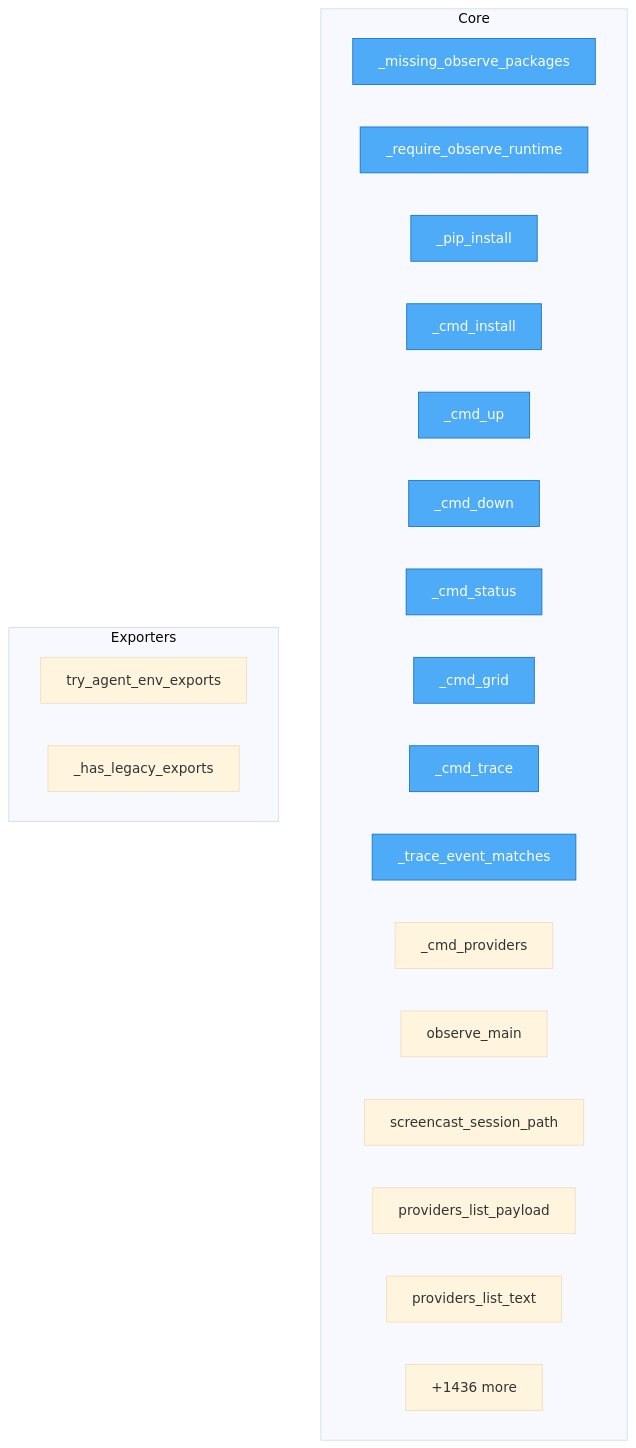
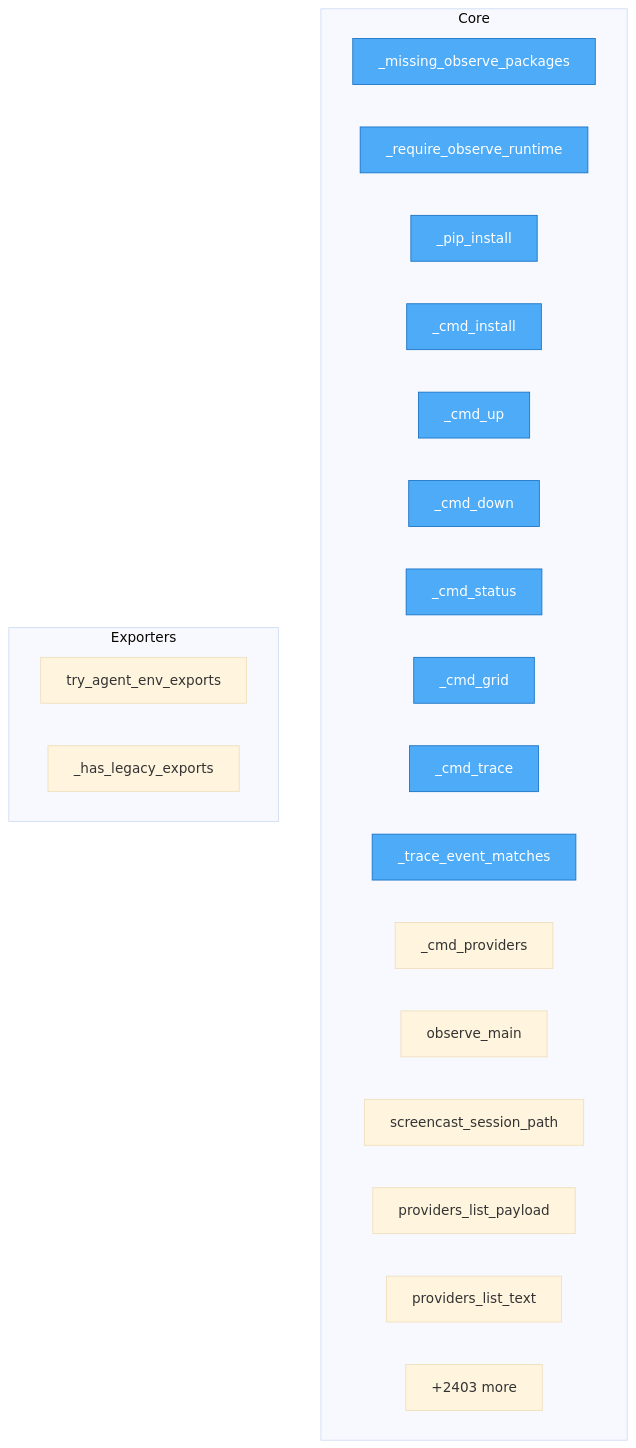
Before and after one commit to semcod/koru: the diagram in project/flow.mmd, drawn with Mermaid (base theme). The commit also changed 22 other files, not shown here.

```diff
--- a/project/flow.mmd
+++ b/project/flow.mmd
@@ -1,30 +1,30 @@
 flowchart TD
 
     %% Entry points (blue)
     classDef entry fill:#4dabf7,stroke:#1971c2,color:#fff
 
     subgraph Core
         src__koruobserve__cli___missing_observe_packages["_missing_observe_packages"]
         src__koruobserve__cli___require_observe_runtime["_require_observe_runtime"]
         src__koruobserve__cli___pip_install["_pip_install"]
         src__koruobserve__cli___cmd_install["_cmd_install"]
         src__koruobserve__cli___cmd_up["_cmd_up"]
         src__koruobserve__cli___cmd_down["_cmd_down"]
         src__koruobserve__cli___cmd_status["_cmd_status"]
         src__koruobserve__cli___cmd_grid["_cmd_grid"]
         src__koruobserve__cli___cmd_trace["_cmd_trace"]
         src__koruobserve__cli___trace_event_matches["_trace_event_matches"]
         src__koruobserve__cli___cmd_providers["_cmd_providers"]
         src__koruobserve__cli__observe_main["observe_main"]
         src__koruobserve__providers_cli__screencast_session_path["screencast_session_path"]
         src__koruobserve__providers_cli__providers_list_payload["providers_list_payload"]
         src__koruobserve__providers_cli__providers_list_text["providers_list_text"]
-        ...["+1436 more"]
+        ...["+2403 more"]
     end
 
     subgraph Exporters
         src__koru__agent_cli_helpers__try_agent_env_exports["try_agent_env_exports"]
         src__koru__cli___has_legacy_exports["_has_legacy_exports"]
     end
 
     class src__koruobserve__cli___missing_observe_packages,src__koruobserve__cli___require_observe_runtime,src__koruobserve__cli___pip_install,src__koruobserve__cli___cmd_install,src__koruobserve__cli___cmd_up,src__koruobserve__cli___cmd_down,src__koruobserve__cli___cmd_status,src__koruobserve__cli___cmd_grid,src__koruobserve__cli___cmd_trace,src__koruobserve__cli___trace_event_matches entry
```
